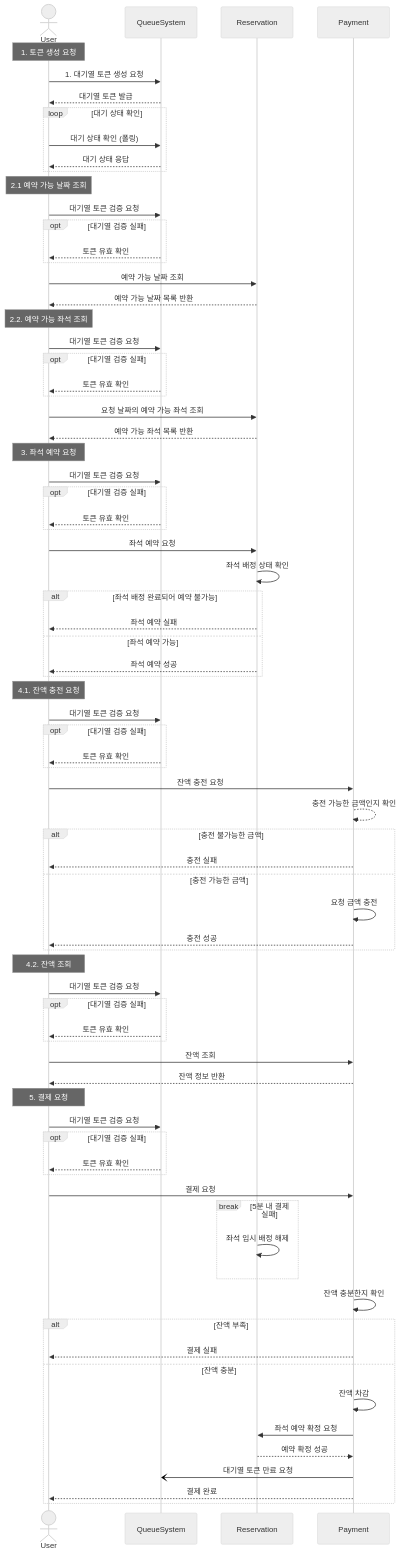
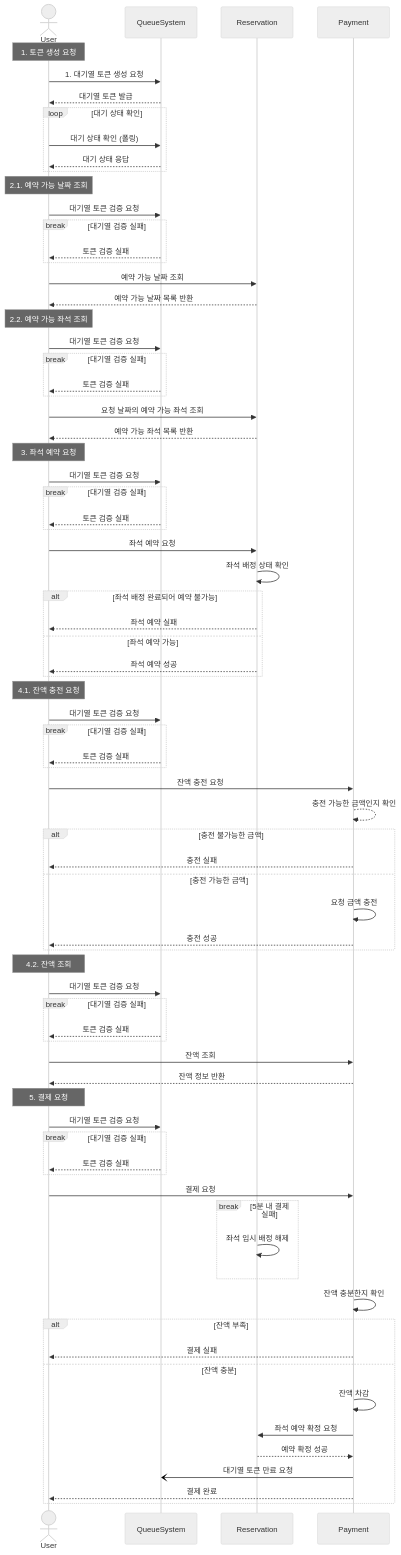
The diagram in SequenceDiagram.md (leehanna602/hhplus-server-construction), drawn with Mermaid (neutral theme) before and after one commit.

Commit message:
feat: Sequence Diagram 보완 - 대기열 토큰 검증 요청 표기 변경

```diff
--- a/SequenceDiagram.md
+++ b/SequenceDiagram.md
@@ -14,10 +14,10 @@
         QueueSystem-->>User: 대기 상태 응답
     end
 
-    note over User: 2.1 예약 가능 날짜 조회
+    note over User: 2.1. 예약 가능 날짜 조회
     User->>QueueSystem: 대기열 토큰 검증 요청
-    opt 대기열 검증 실패
-        QueueSystem-->>User: 토큰 유효 확인
+    break 대기열 검증 실패
+        QueueSystem-->>User: 토큰 검증 실패
     end
     
     User->>Reservation: 예약 가능 날짜 조회
@@ -25,8 +25,8 @@
 
     note over User: 2.2. 예약 가능 좌석 조회
     User->>QueueSystem: 대기열 토큰 검증 요청
-    opt 대기열 검증 실패
-        QueueSystem-->>User: 토큰 유효 확인
+    break 대기열 검증 실패
+        QueueSystem-->>User: 토큰 검증 실패
     end
     
     User->>Reservation: 요청 날짜의 예약 가능 좌석 조회
@@ -34,8 +34,8 @@
 
     note over User: 3. 좌석 예약 요청
     User->>QueueSystem: 대기열 토큰 검증 요청
-    opt 대기열 검증 실패
-        QueueSystem-->>User: 토큰 유효 확인
+    break 대기열 검증 실패
+        QueueSystem-->>User: 토큰 검증 실패
     end
     
     User->>Reservation: 좌석 예약 요청
@@ -48,8 +48,8 @@
 
     note over User: 4.1. 잔액 충전 요청
     User->>QueueSystem: 대기열 토큰 검증 요청
-    opt 대기열 검증 실패
-        QueueSystem-->>User: 토큰 유효 확인
+    break 대기열 검증 실패
+        QueueSystem-->>User: 토큰 검증 실패
     end
     
     User->>Payment: 잔액 충전 요청
@@ -63,8 +63,8 @@
 
     note over User: 4.2. 잔액 조회
     User->>QueueSystem: 대기열 토큰 검증 요청
-    opt 대기열 검증 실패
-        QueueSystem-->>User: 토큰 유효 확인
+    break 대기열 검증 실패
+        QueueSystem-->>User: 토큰 검증 실패
     end
     
     User->>Payment: 잔액 조회
@@ -72,8 +72,8 @@
 
     note over User: 5. 결제 요청
     User->>QueueSystem: 대기열 토큰 검증 요청
-    opt 대기열 검증 실패
-        QueueSystem-->>User: 토큰 유효 확인
+    break 대기열 검증 실패
+        QueueSystem-->>User: 토큰 검증 실패
     end
     
     User->>Payment: 결제 요청
```
